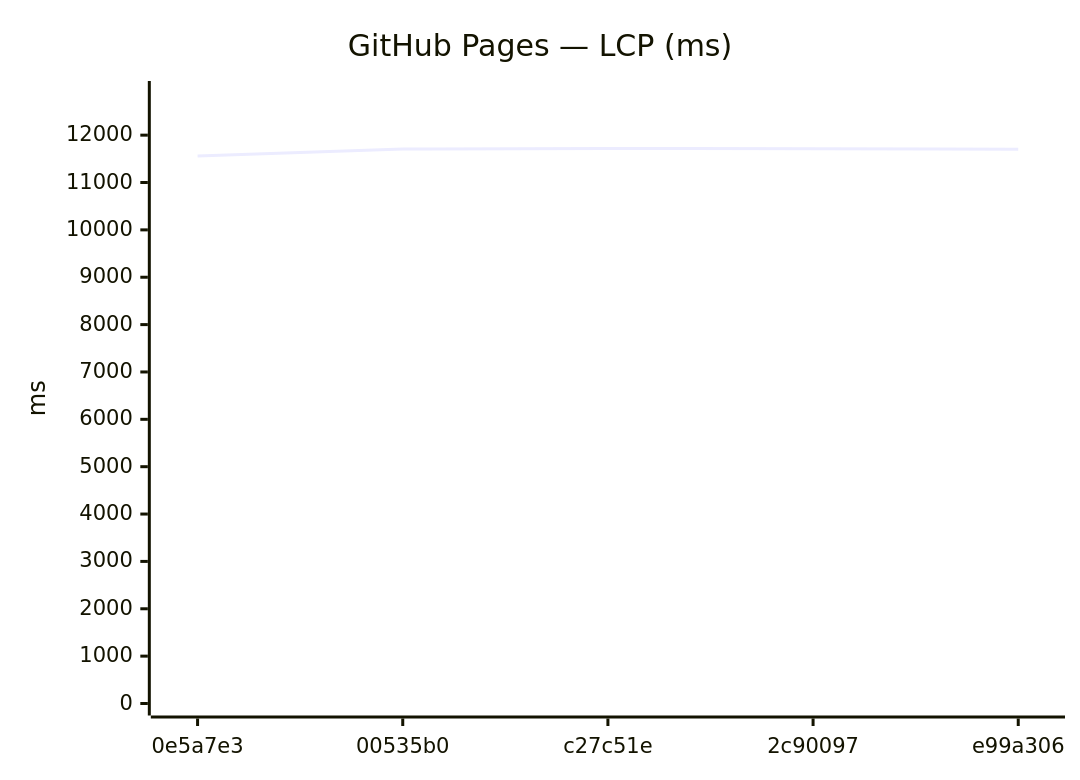
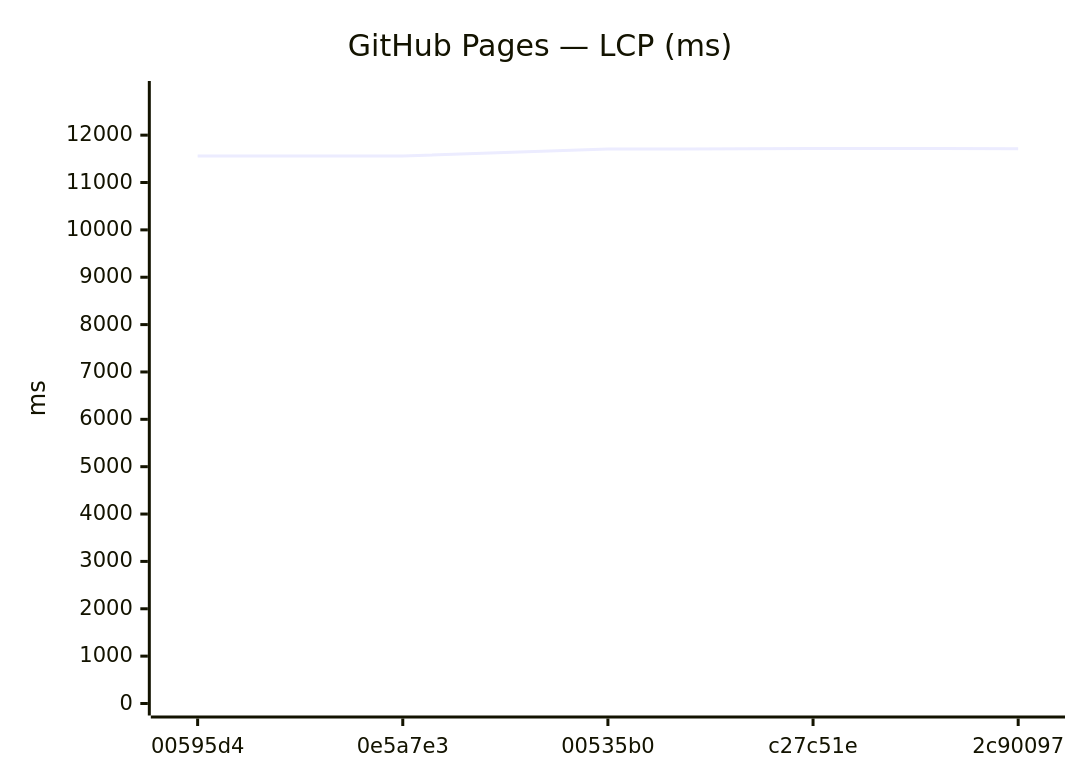
Diagram 11 of 24 in benchmarks/compare.md (Metaheurist/Rianell), drawn with Mermaid before and after one commit. The commit also changed other lines of this file and 12 other files, not shown here.

````diff
--- a/benchmarks/compare.md
+++ b/benchmarks/compare.md
@@ -153,7 +157,7 @@
 ```mermaid
 xychart-beta
     title "GitHub Pages — LCP (ms)"
-    x-axis ["0e5a7e3", "00535b0", "c27c51e", "2c90097", "e99a306"]
+    x-axis ["00595d4", "0e5a7e3", "00535b0", "c27c51e", "2c90097"]
     y-axis "ms" 0 --> 12890
-    line [11561, 11705, 11718, 11715, 11701]
+    line [11560, 11561, 11705, 11718, 11715]
 ```
````
